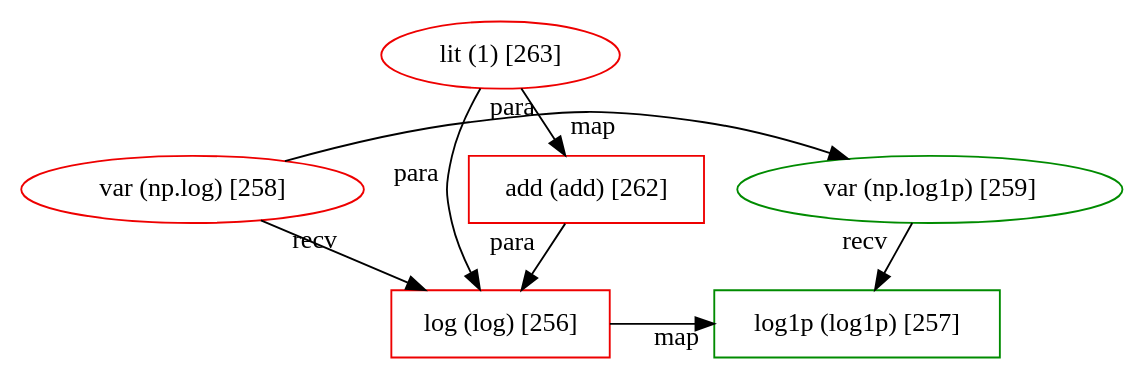
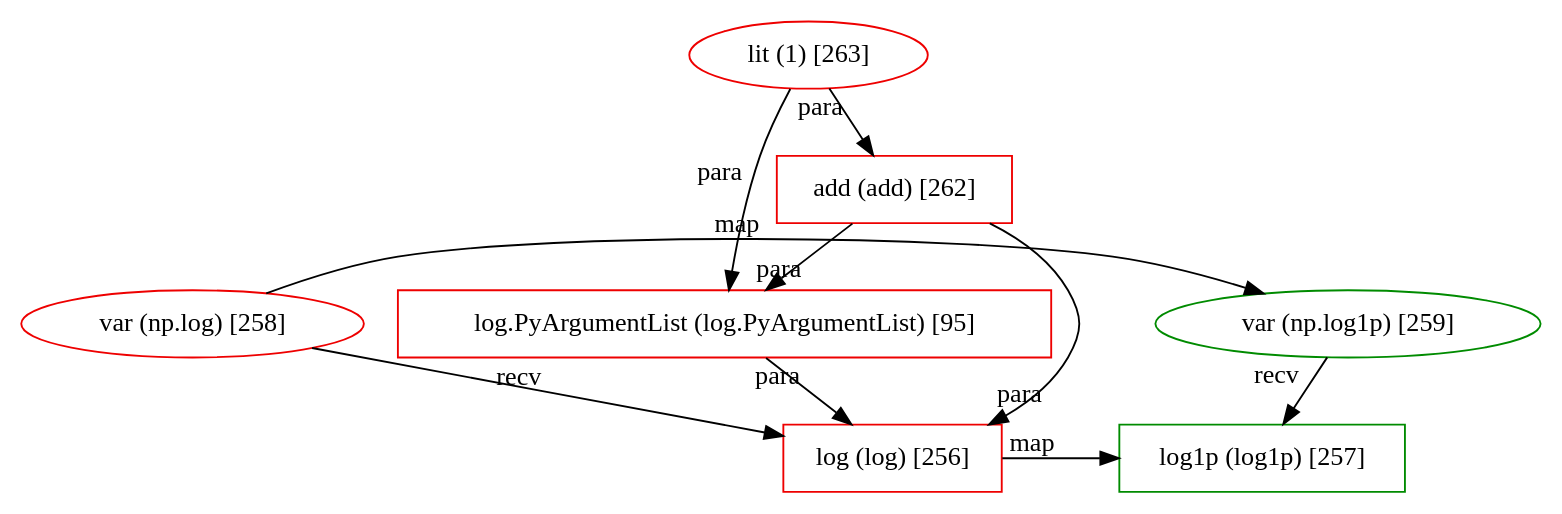
The diagram in src/main/resources/patterns/4890/fragment-1079.dot (JetBrains-Research/revizor), drawn with Graphviz before and after one commit. The commit also changed 2 other files, not shown here.

Commit message:
Add `np.log1p()` pattern

```diff
--- a/src/main/resources/patterns/4890/fragment-1079.dot
+++ b/src/main/resources/patterns/4890/fragment-1079.dot
@@ -1,21 +1,24 @@
 digraph "fragment-1079.dot" {
 	subgraph "subgraph: 256 to 257" {
 		graph [rank=same]
 		256 [label="log (log) [256]" color=red2 shape=box]
 		257 [label="log1p (log1p) [257]" color=green4 shape=box]
 	}
 	subgraph "subgraph: 259 to 258" {
 		graph [rank=same]
 		259 [label="var (np.log1p) [259]" color=green4 shape=ellipse]
 		258 [label="var (np.log) [258]" color=red2 shape=ellipse]
 	}
+	95 [label="log.PyArgumentList (log.PyArgumentList) [95]" color=red2 shape=box]
 	263 [label="lit (1) [263]" color=red2 shape=ellipse]
 	262 [label="add (add) [262]" color=red2 shape=box]
 	258 -> 256 [xlabel=recv from_closure=False]
 	262 -> 256 [xlabel=para from_closure=False]
-	263 -> 256 [xlabel=para from_closure=False]
+	262 -> 95 [xlabel=para from_closure=null]
+	95 -> 256 [xlabel=para from_closure=null]
+	263 -> 95 [xlabel=para from_closure=null]
 	256 -> 257 [xlabel=map from_closure=False]
 	259 -> 257 [xlabel=recv from_closure=False]
 	258 -> 259 [xlabel=map from_closure=False]
 	263 -> 262 [xlabel=para from_closure=False]
 }
```
